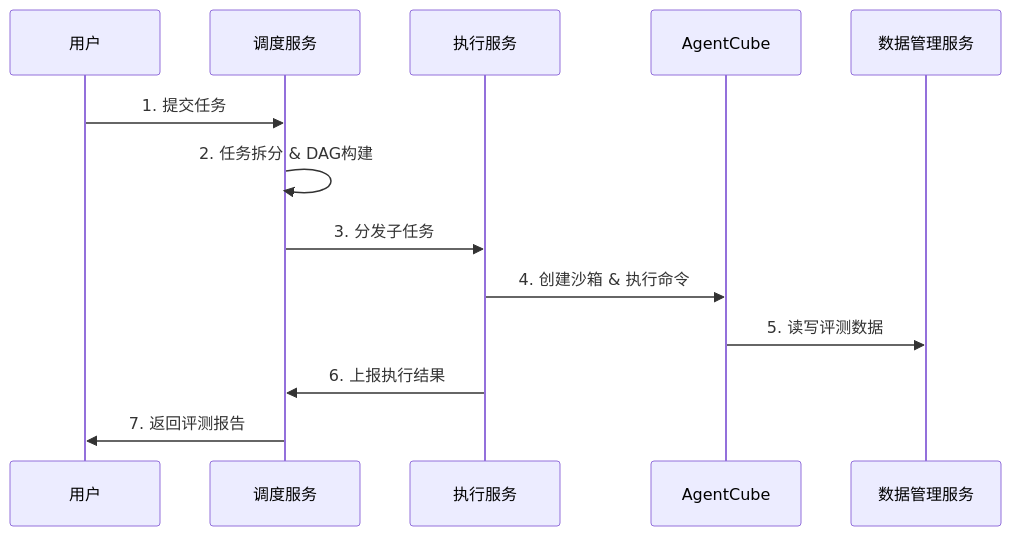
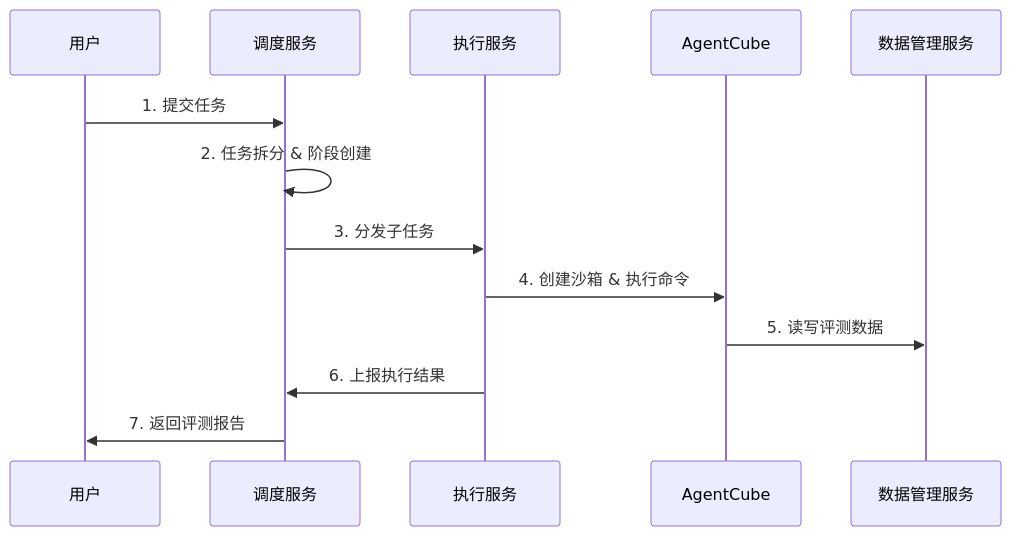
The second of 5 diagrams in docs/designs/架构设计文档.md (njuxumq/agent-eval-server), drawn with Mermaid before and after one commit. The commit also changed other lines of this file and 15 other files, not shown here.

````diff
--- a/docs/designs/架构设计文档.md
+++ b/docs/designs/架构设计文档.md
@@ -126,16 +126,16 @@
 ```mermaid
 sequenceDiagram
     participant U as 用户
     participant S as 调度服务
     participant E as 执行服务
     participant A as AgentCube
     participant D as 数据管理服务
     
     U->>S: 1. 提交任务
-    S->>S: 2. 任务拆分 & DAG构建
+    S->>S: 2. 任务拆分 & 阶段创建
     S->>E: 3. 分发子任务
     E->>A: 4. 创建沙箱 & 执行命令
     A->>D: 5. 读写评测数据
     E->>S: 6. 上报执行结果
     S->>U: 7. 返回评测报告
 ```
````
